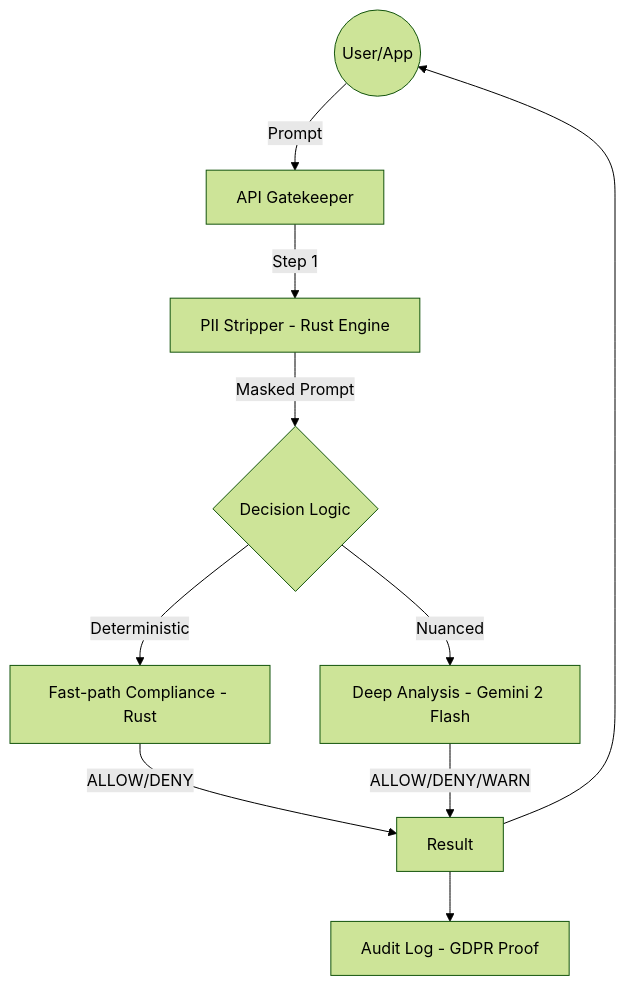
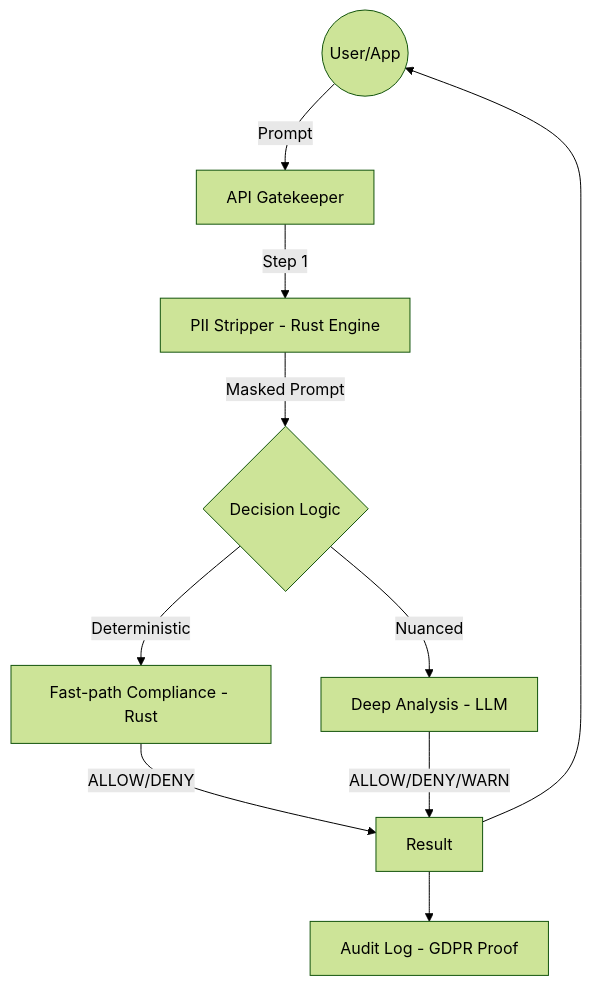
Before and after one commit to Tex0711/eu-ai-act-validator-api: the diagram in README.md, drawn with Mermaid (forest theme). The commit also changed other lines of this file and 6 other files, not shown here.

````diff
--- a/README.md
+++ b/README.md
@@ -167,12 +167,12 @@
 ```mermaid
 graph TD
     User((User/App)) -->|Prompt| Gatekeeper[API Gatekeeper]
     Gatekeeper -->|Step 1| PII[PII Stripper - Rust Engine]
     PII -->|Masked Prompt| Logic{Decision Logic}
     Logic -->|Deterministic| Rust[Fast-path Compliance - Rust]
-    Logic -->|Nuanced| Gemini[Deep Analysis - Gemini 2 Flash]
+    Logic -->|Nuanced| LLM[Deep Analysis - LLM]
     Rust -->|ALLOW/DENY| Result
-    Gemini -->|ALLOW/DENY/WARN| Result
+    LLM -->|ALLOW/DENY/WARN| Result
     Result --> Audit[Audit Log - GDPR Proof]
     Result --> User
 ```
````
